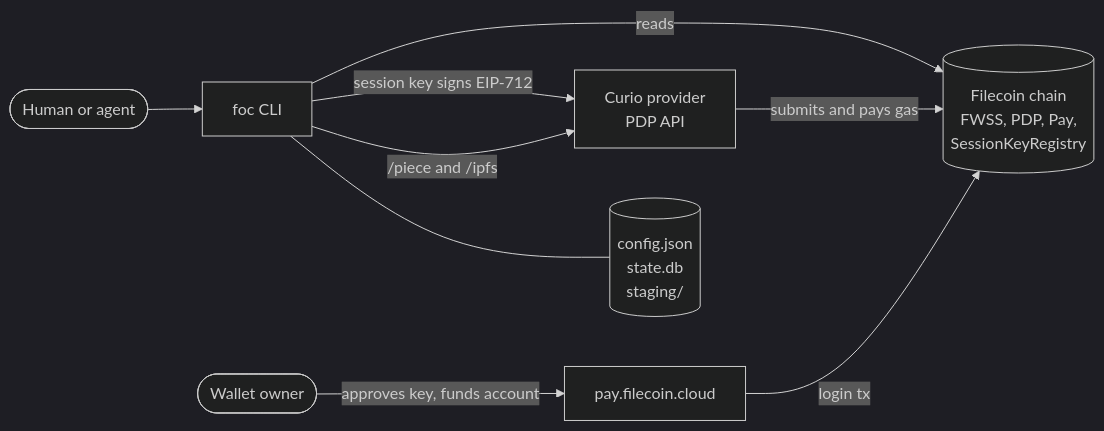
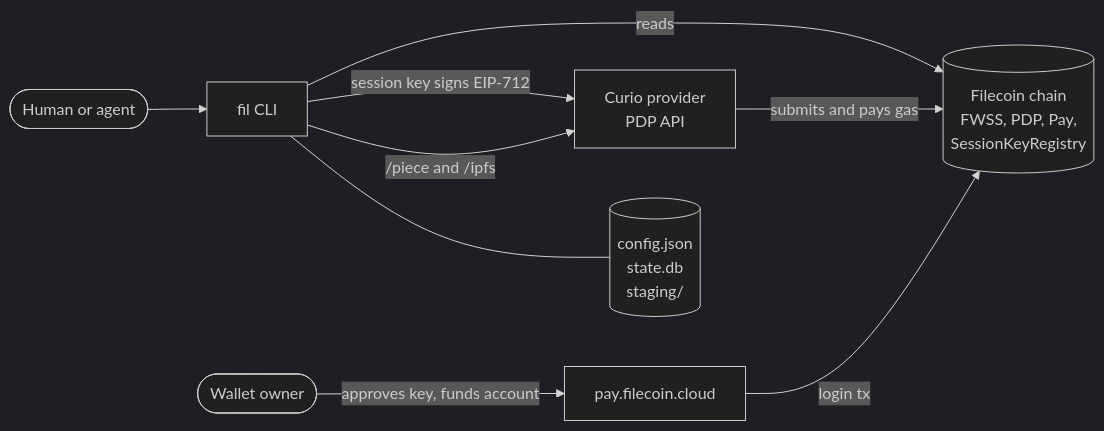
The first of 3 diagrams in docs/architecture.md (hugomrdias/fil), drawn with Mermaid (dark theme) before and after one commit. The commit also changed other lines of this file and 107 other files, not shown here.

First line of the commit message:
refactor!: rename foc-cli to fil-cli and the foc command to fil

````diff
--- a/docs/architecture.md
+++ b/docs/architecture.md
@@ -15,11 +15,11 @@
 ```mermaid
 flowchart LR
-  user([Human or agent]) --> cli[foc CLI]
+  user([Human or agent]) --> cli[fil CLI]
   cli -- session key signs EIP-712 --> curio[Curio provider<br/>PDP API]
   cli -- reads --> chain[(Filecoin chain<br/>FWSS, PDP, Pay,<br/>SessionKeyRegistry)]
   curio -- submits and pays gas --> chain
   owner([Wallet owner]) -- approves key, funds account --> console[pay.filecoin.cloud]
   console -- login tx --> chain
   cli -- /piece and /ipfs --> curio
   cli --- local[(config.json<br/>state.db<br/>staging/)]
 ```
````
